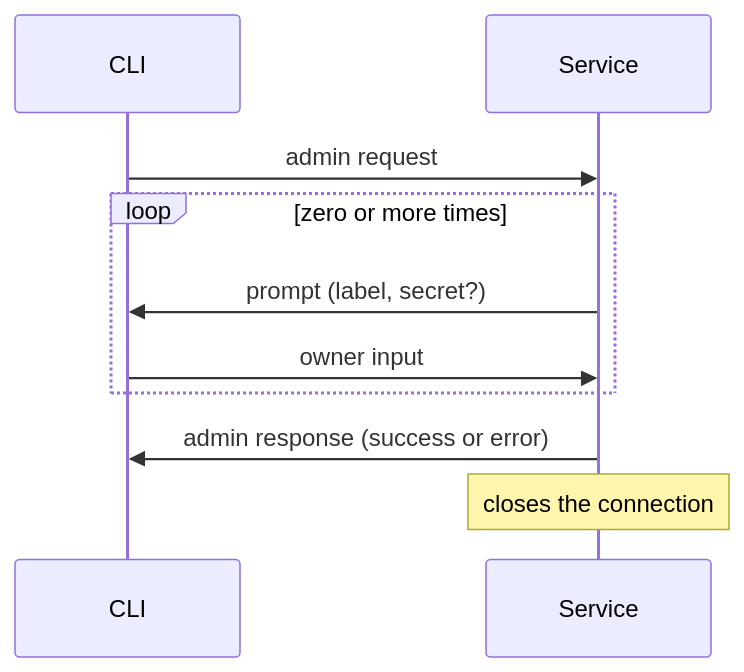
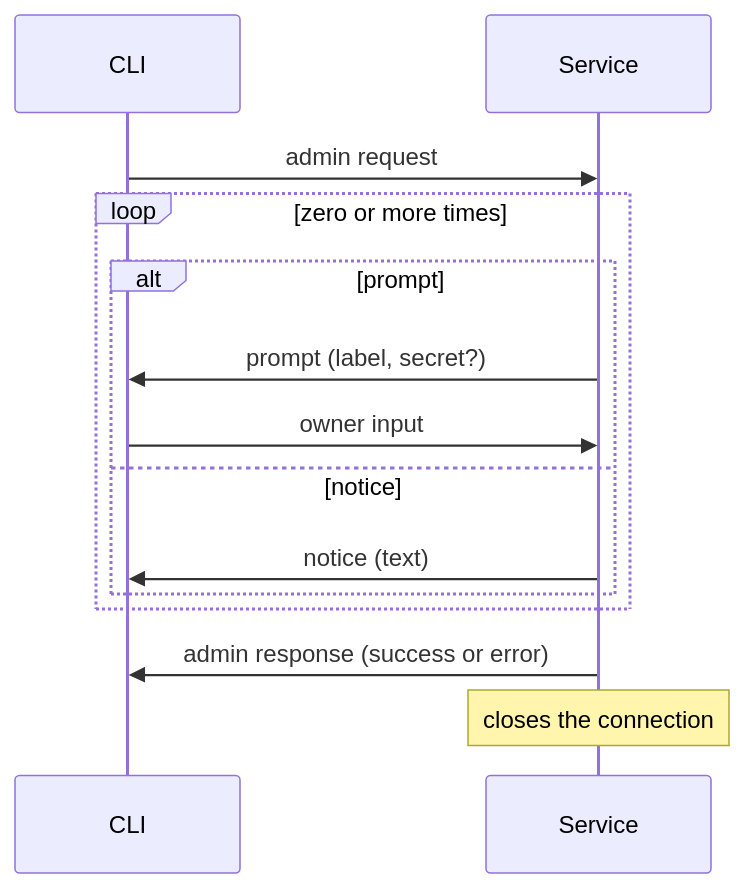
One commit to CjS77/iron-vault changed the diagram in design/admin-protocol.md. Above: the diagram before and after it, drawn with Mermaid. The commit also changed other lines of this file and 1 other file, not shown here.

First line of the commit message:
docs(admin): specify `config approve`, the notice frame and byte values

````diff
--- a/design/admin-protocol.md
+++ b/design/admin-protocol.md
@@ -30,12 +30,16 @@
 ```mermaid
 sequenceDiagram
     participant CLI
     participant Service
     CLI->>Service: admin request
     loop zero or more times
-        Service->>CLI: prompt (label, secret?)
-        CLI->>Service: owner input
+        alt prompt
+            Service->>CLI: prompt (label, secret?)
+            CLI->>Service: owner input
+        else notice
+            Service->>CLI: notice (text)
+        end
     end
     Service->>CLI: admin response (success or error)
     Note over Service: closes the connection
 ```
````
